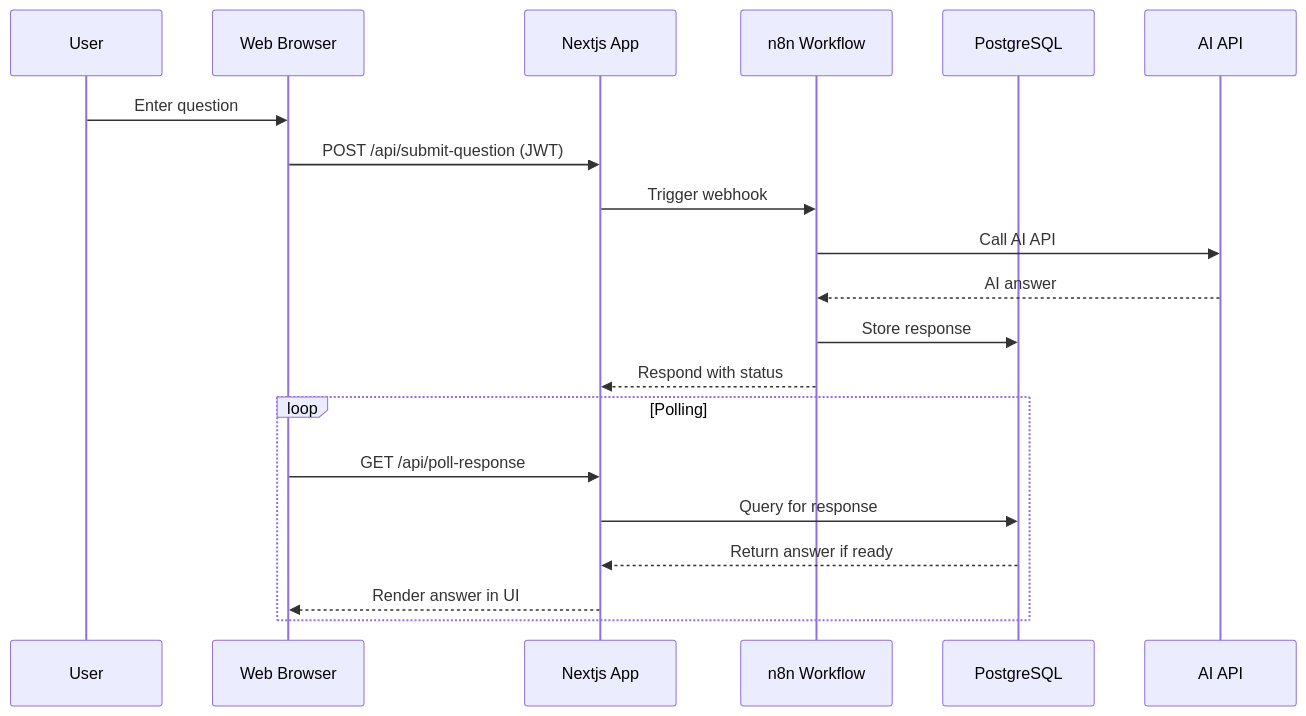
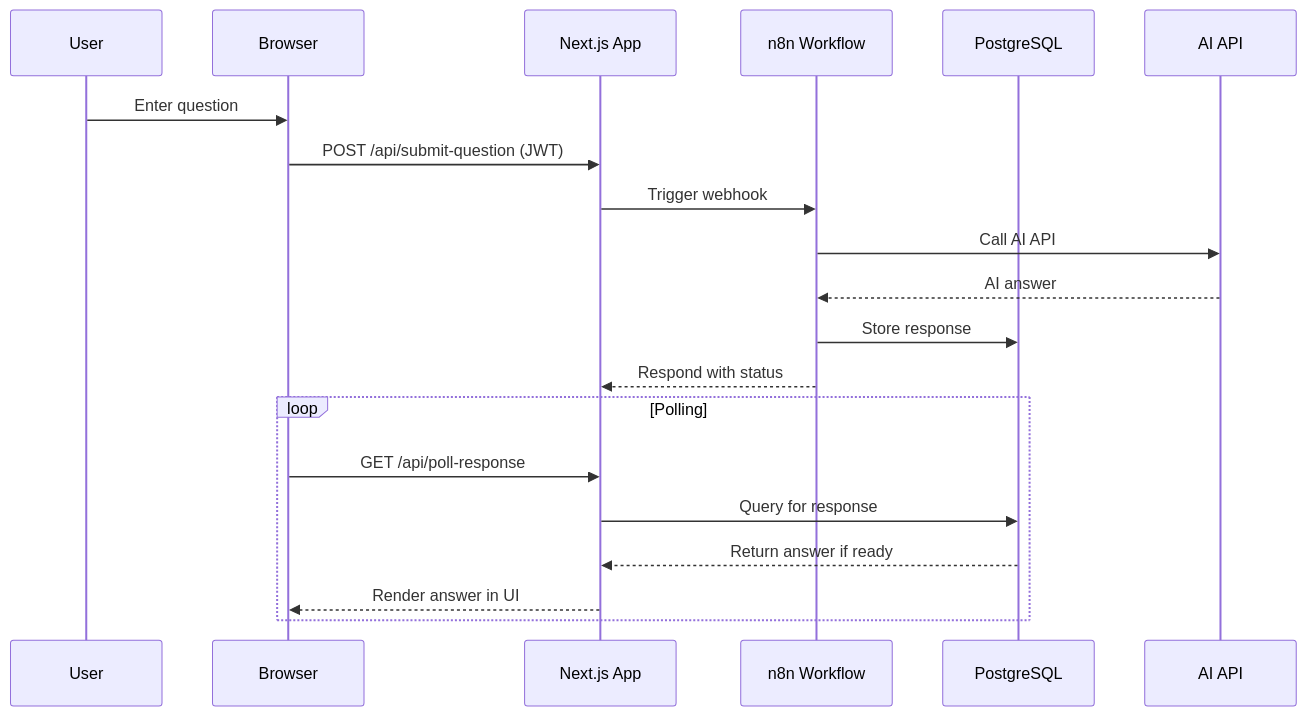
The second of 2 diagrams in README.md (DanielMadsenDK/servicenow-helper), drawn with Mermaid before and after one commit. The commit also changed other lines of this file, not shown here.

````diff
--- a/README.md
+++ b/README.md
@@ -47,23 +82,24 @@
 ```mermaid
 sequenceDiagram
     participant U as User
-    participant B as Web Browser
-    participant N as Nextjs App
+    participant B as Browser
+    participant N as Next.js App
     participant W as n8n Workflow
     participant D as PostgreSQL
     participant A as AI API
 
     U->>B: Enter question
     B->>N: POST /api/submit-question (JWT)
     N->>W: Trigger webhook
     W->>A: Call AI API
     A-->>W: AI answer
     W->>D: Store response
     W-->>N: Respond with status
+    
     loop Polling
         B->>N: GET /api/poll-response
         N->>D: Query for response
         D-->>N: Return answer if ready
         N-->>B: Render answer in UI
     end
 ```
````
